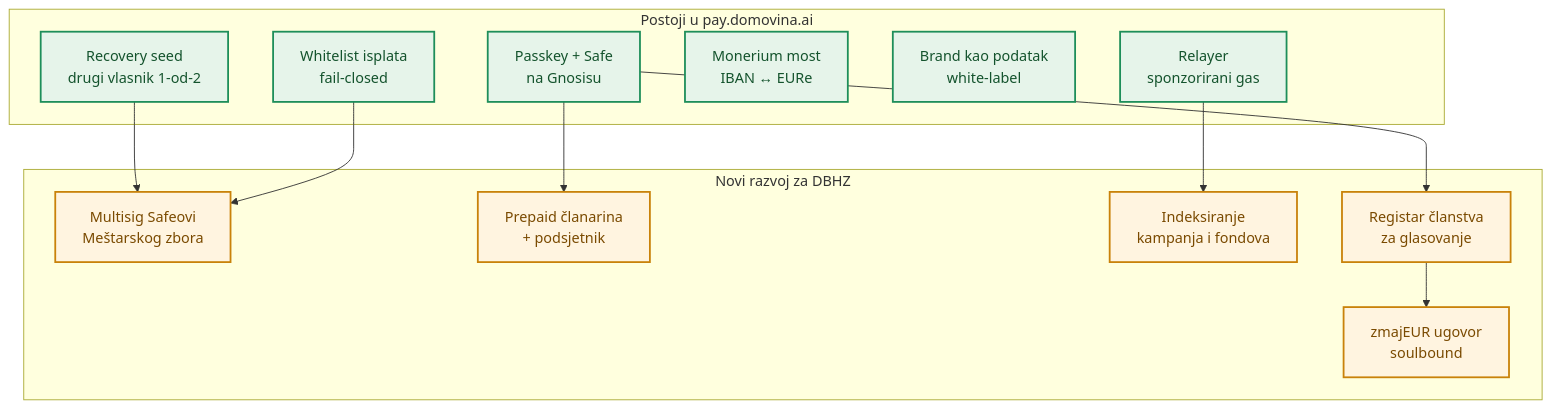
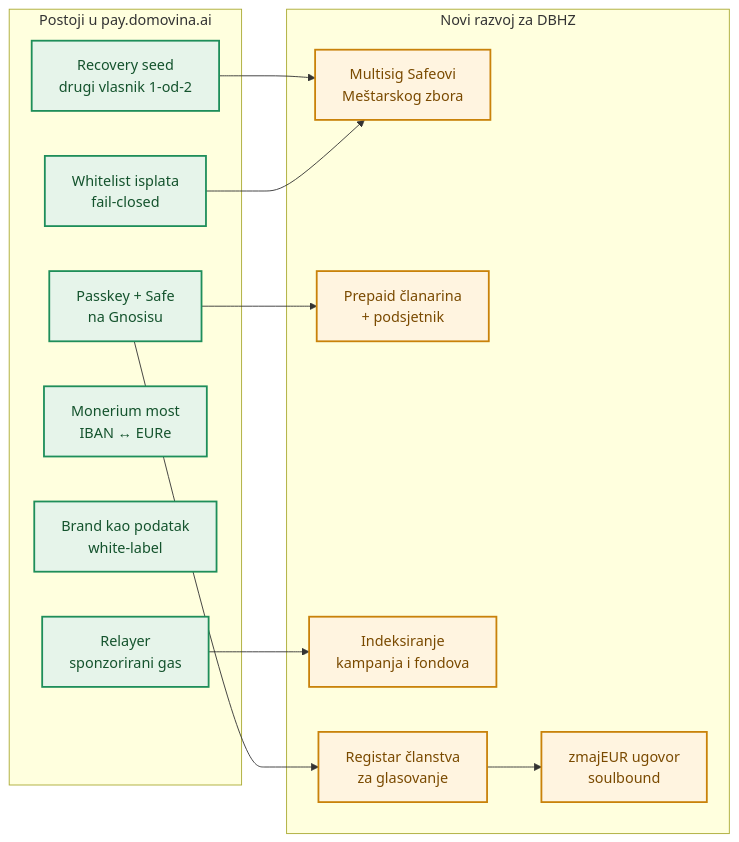
One commit to dbhzhr/dbhz-novcanik-prototip changed the first of 3 diagrams in docs/compliance/plan-razvoja.md. Above: the diagram before and after it, drawn with Mermaid. The commit also changed 5 other files, not shown here.

````diff
--- a/docs/compliance/plan-razvoja.md
+++ b/docs/compliance/plan-razvoja.md
@@ -29,28 +29,29 @@
 ```mermaid
-flowchart TB
+flowchart LR
+  %% smjer: fiksan — dva stupca (postoji → novo) čitljiva i na mobitelu
   subgraph JEZGRA["Postoji u pay.domovina.ai"]
     J1["Passkey + Safe<br/>na Gnosisu"]
     J2["Recovery seed<br/>drugi vlasnik 1-od-2"]
     J3["Relayer<br/>sponzorirani gas"]
     J4["Monerium most<br/>IBAN ↔ EURe"]
     J5["Brand kao podatak<br/>white-label"]
     J6["Whitelist isplata<br/>fail-closed"]
   end
   subgraph NOVO["Novi razvoj za DBHZ"]
     N1["Multisig Safeovi<br/>Meštarskog zbora"]
     N2["Prepaid članarina<br/>+ podsjetnik"]
     N3["Indeksiranje<br/>kampanja i fondova"]
     N4["Registar članstva<br/>za glasovanje"]
     N5["zmajEUR ugovor<br/>soulbound"]
   end
   J1 --> N2
   J2 --> N1
   J3 --> N3
   J6 --> N1
   J1 --> N4
   N4 --> N5
   classDef reuse fill:#e6f4ea,stroke:#1e8e5a,stroke-width:2px,color:#14532d;
   classDef fresh fill:#fff4e0,stroke:#c9820a,stroke-width:2px,color:#7a4a00;
   class J1,J2,J3,J4,J5,J6 reuse;
   class N1,N2,N3,N4,N5 fresh;
 ```
````
